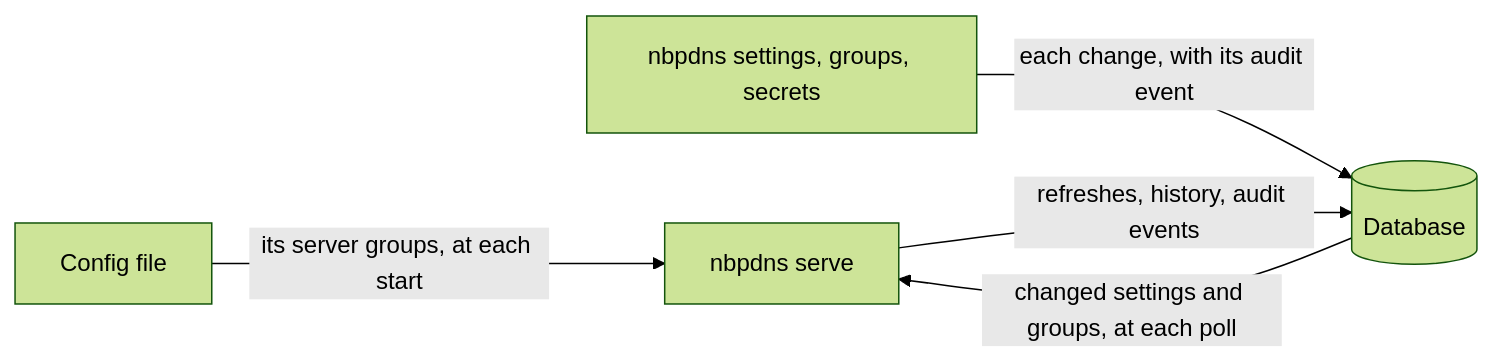
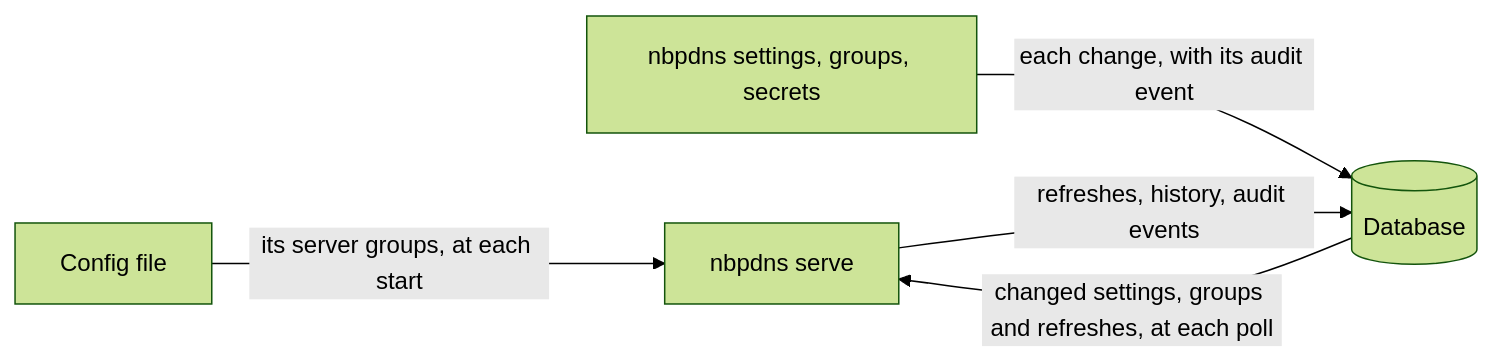
Before and after one commit to zeddD1abl0/netbox-powerdns-ai: the diagram in docs/explanation/how-nbpdns-stores-its-state.md, drawn with Mermaid (forest theme). The commit also changed other lines of this file and 52 other files, not shown here.

````diff
--- a/docs/explanation/how-nbpdns-stores-its-state.md
+++ b/docs/explanation/how-nbpdns-stores-its-state.md
@@ -15,7 +15,7 @@
 ```mermaid
 flowchart LR
     file[Config file] -->|its server groups, at each start| serve[nbpdns serve]
     cli[nbpdns settings, groups, secrets] -->|each change, with its audit event| db[(Database)]
     serve -->|refreshes, history, audit events| db
-    db -->|changed settings and groups, at each poll| serve
+    db -->|changed settings, groups and refreshes, at each poll| serve
 ```
````
